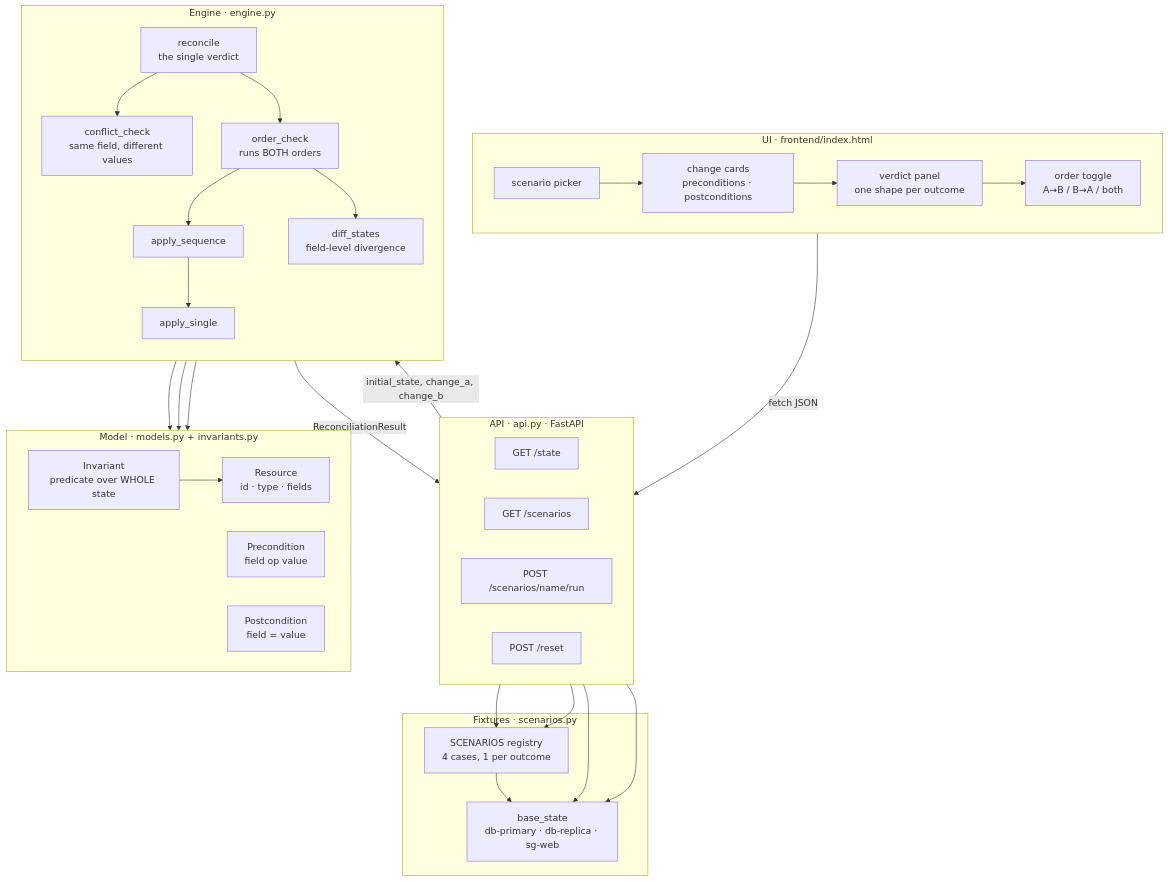
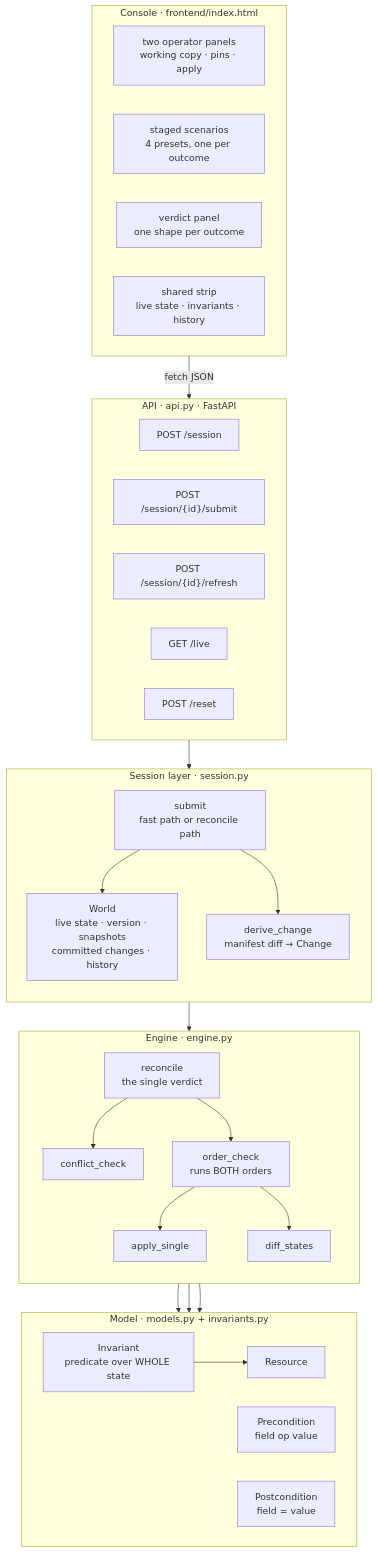
Before and after one commit to Atith-C/ApplyMerge---Concurrent-Infrastructure-Apply-Reconciliation: the first of 5 diagrams in README.md, drawn with Mermaid. The commit also changed other lines of this file and 5 other files, not shown here.

````diff
--- a/README.md
+++ b/README.md
@@ -21,57 +27,57 @@
 ```mermaid
 flowchart TB
-    subgraph UI["UI · frontend/index.html"]
+    subgraph UI["Console · frontend/index.html"]
         direction LR
-        PICK["scenario picker"] --> CARDS["change cards<br/>preconditions · postconditions"]
-        CARDS --> PANEL["verdict panel<br/>one shape per outcome"]
-        PANEL --> TOGGLE["order toggle<br/>A→B / B→A / both"]
+        C1["two operator panels<br/>working copy · pins · apply"]
+        C2["staged scenarios<br/>4 presets, one per outcome"]
+        C3["verdict panel<br/>one shape per outcome"]
+        C4["shared strip<br/>live state · invariants · history"]
     end
 
     subgraph API["API · api.py · FastAPI"]
         direction LR
-        E1["GET /state"]
-        E2["GET /scenarios"]
-        E3["POST /scenarios/name/run"]
-        E4["POST /reset"]
+        E1["POST /session"]
+        E2["POST /session/{id}/submit"]
+        E3["POST /session/{id}/refresh"]
+        E4["GET /live"]
+        E5["POST /reset"]
     end
 
-    subgraph FIX["Fixtures · scenarios.py"]
-        BASE["base_state<br/>db-primary · db-replica · sg-web"]
-        REG["SCENARIOS registry<br/>4 cases, 1 per outcome"]
+    subgraph SES["Session layer · session.py"]
+        direction TB
+        W["World<br/>live state · version · snapshots<br/>committed changes · history"]
+        DC["derive_change<br/>manifest diff → Change"]
+        SUB["submit<br/>fast path or reconcile path"]
+        SUB --> DC
+        SUB --> W
     end
 
     subgraph ENG["Engine · engine.py"]
         direction TB
         REC["reconcile<br/>the single verdict"]
-        CC["conflict_check<br/>same field, different values"]
+        CC["conflict_check"]
         OC["order_check<br/>runs BOTH orders"]
-        SEQ["apply_sequence"]
         AS["apply_single"]
-        DIFF["diff_states<br/>field-level divergence"]
+        DIFF["diff_states"]
         REC --> CC
         REC --> OC
-        OC --> SEQ --> AS
+        OC --> AS
         OC --> DIFF
     end
 
     subgraph MOD["Model · models.py + invariants.py"]
         direction LR
-        RES["Resource<br/>id · type · fields"]
+        RES["Resource"]
         PRE["Precondition<br/>field op value"]
         POST["Postcondition<br/>field = value"]
         INV["Invariant<br/>predicate over WHOLE state"]
     end
 
     UI -->|"fetch JSON"| API
-    E2 --> REG
-    E3 --> REG
-    E1 --> BASE
-    E4 --> BASE
-    E3 -->|"initial_state, change_a, change_b"| REC
-    REC -->|"ReconciliationResult"| E3
-    REG --> BASE
+    API --> SES
+    SUB --> REC
     AS --> PRE
     AS --> POST
     AS --> INV
     INV --> RES
 ```
````
